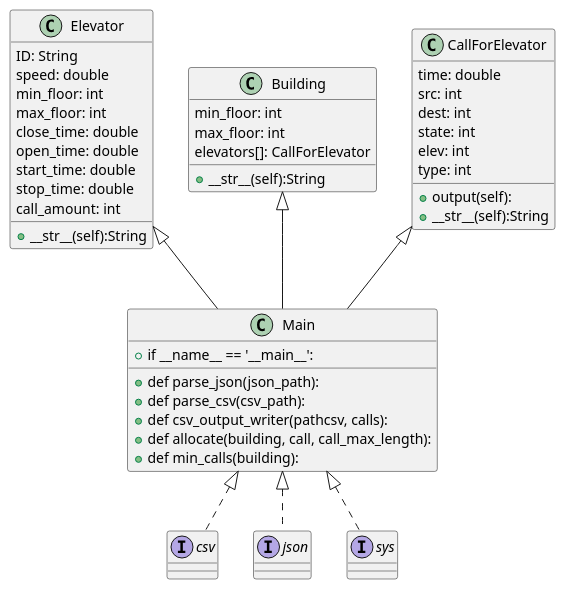
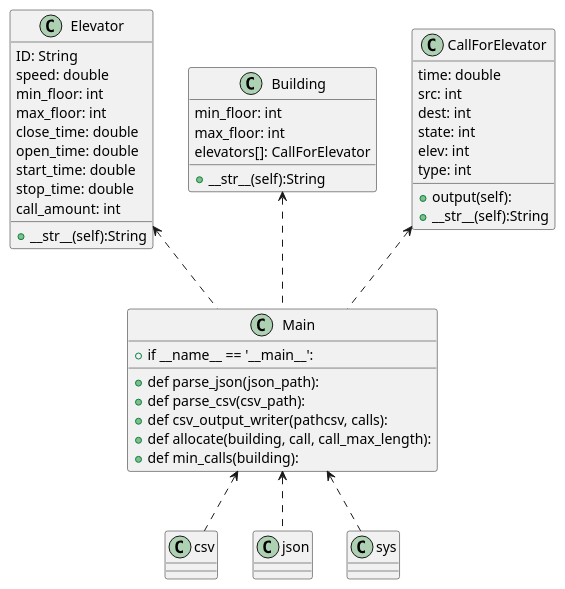
Before and after one commit to Pianissimo7/ElevatorProject-master: the diagram in Ex1.puml, drawn with PlantUML. The commit also changed 2 other files, not shown here.

```diff
--- a/Ex1.puml
+++ b/Ex1.puml
@@ -1,65 +1,65 @@
 @startuml
 'https://plantuml.com/class-diagram
-interface csv
-interface json
-interface sys
+class csv
+class json
+class sys
 class Elevator
 class Building
 class CallForElevator
 class Main
 
-Elevator <|-- Main
-Building <|-- Main
-CallForElevator <|-- Main
-Main <|.. json
-Main <|.. csv
-Main <|.. sys
+Elevator <.. Main
+Building <.. Main
+CallForElevator <.. Main
+Main <.. json
+Main <..  csv
+Main <.. sys
 
 
 class Elevator {
         ID: String
         speed: double
         min_floor: int
         max_floor: int
         close_time: double
         open_time: double
         start_time: double
         stop_time: double
         call_amount: int
 
        +__str__(self):String
 }
 
 class Building {
        min_floor: int
        max_floor: int
        elevators[]: CallForElevator
 
        +__str__(self):String
 }
 
 class CallForElevator {
         time: double
         src: int
         dest: int
         state: int
         elev: int
         type: int
 
        +output(self):
        +__str__(self):String
 }
 
 class Main {
 
 +def parse_json(json_path):
 +def parse_csv(csv_path):
 +def csv_output_writer(pathcsv, calls):
 +def allocate(building, call, call_max_length):
 +def min_calls(building):
 +if __name__ == '__main__':
 
 }
 
 
 @enduml
```
